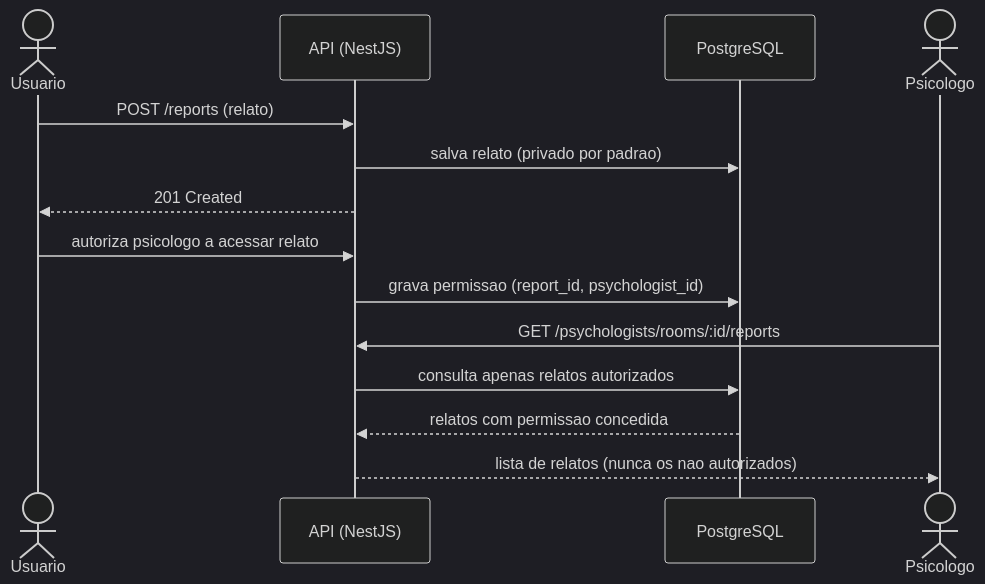
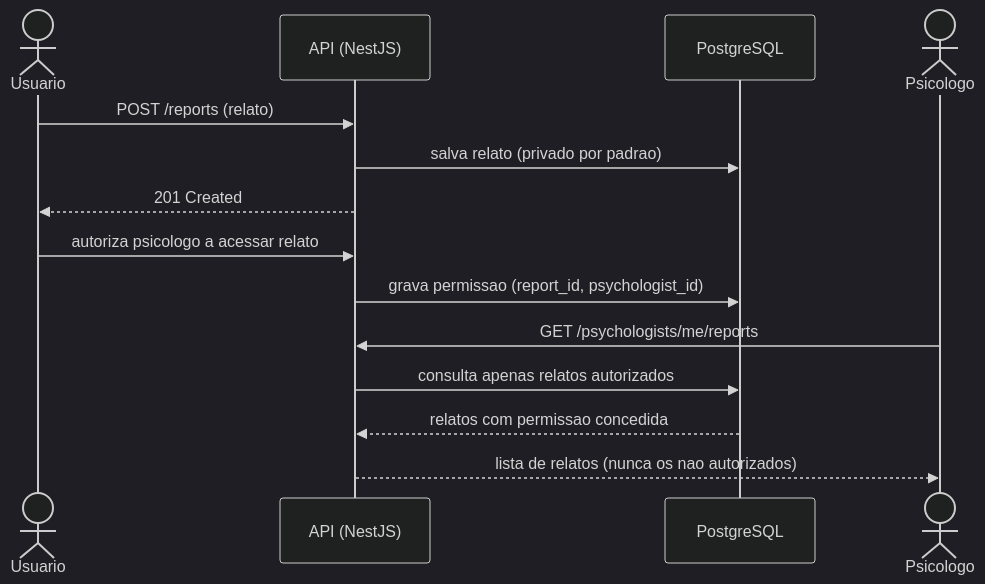
One commit to GeorgeLucas1/PSYCHO-LIBERTAIRE- changed the third of 5 diagrams in README.md. Above: the diagram before and after it, drawn with Mermaid (dark theme). The commit also changed other lines of this file, not shown here.

````diff
--- a/README.md
+++ b/README.md
@@ -114,19 +188,19 @@
 ```mermaid
 sequenceDiagram
     actor U as Usuario
     participant API as API (NestJS)
     participant DB as PostgreSQL
     actor P as Psicologo
 
     U->>API: POST /reports (relato)
     API->>DB: salva relato (privado por padrao)
     API-->>U: 201 Created
 
     U->>API: autoriza psicologo a acessar relato
     API->>DB: grava permissao (report_id, psychologist_id)
 
-    P->>API: GET /psychologists/rooms/:id/reports
+    P->>API: GET /psychologists/me/reports
     API->>DB: consulta apenas relatos autorizados
     DB-->>API: relatos com permissao concedida
     API-->>P: lista de relatos (nunca os nao autorizados)
 ```
````
